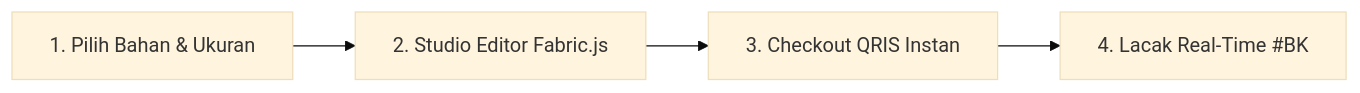
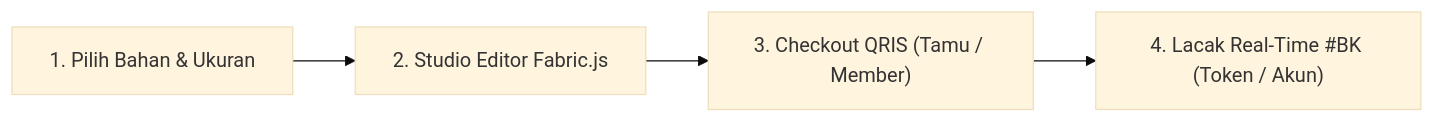
Before and after one commit to aryarakapermana/BannerIN: the diagram in docs/PANDUAN_PRESENTASI_BANNERIN.md, drawn with Mermaid (base theme). The commit also changed other lines of this file and 21 other files, not shown here.

````diff
--- a/docs/PANDUAN_PRESENTASI_BANNERIN.md
+++ b/docs/PANDUAN_PRESENTASI_BANNERIN.md
@@ -23,6 +24,6 @@
 ```mermaid
 flowchart LR
     A["1. Pilih Bahan & Ukuran"] --> B["2. Studio Editor Fabric.js"]
-    B --> C["3. Checkout QRIS Instan"]
-    C --> D["4. Lacak Real-Time #BK"]
+    B --> C["3. Checkout QRIS (Tamu / Member)"]
+    C --> D["4. Lacak Real-Time #BK (Token / Akun)"]
 ```
````
